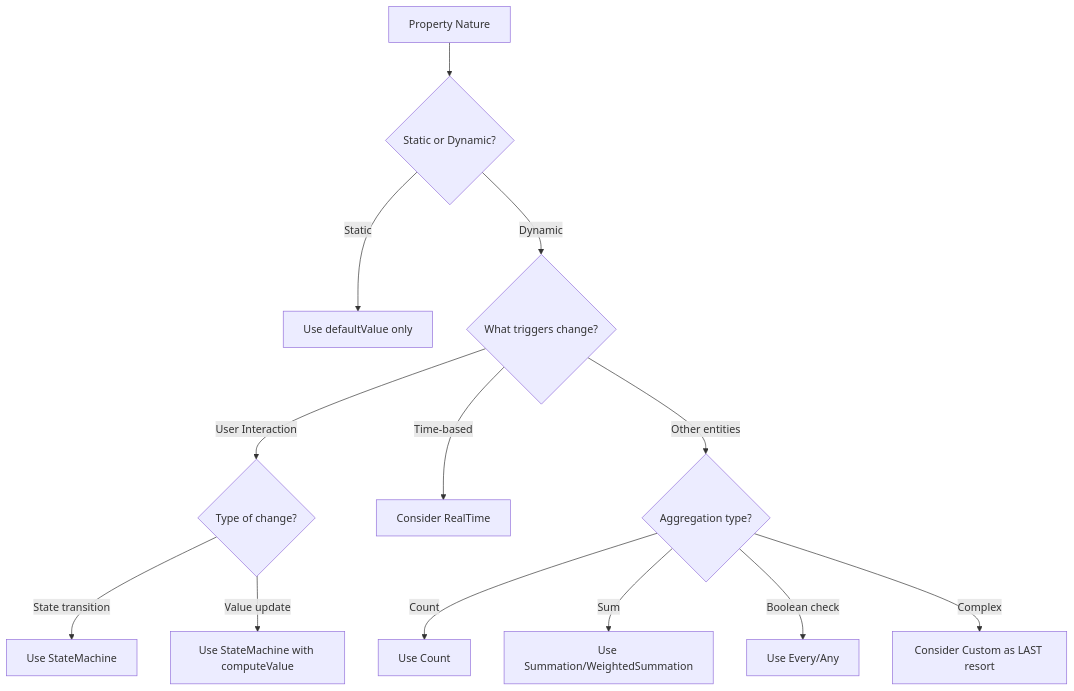
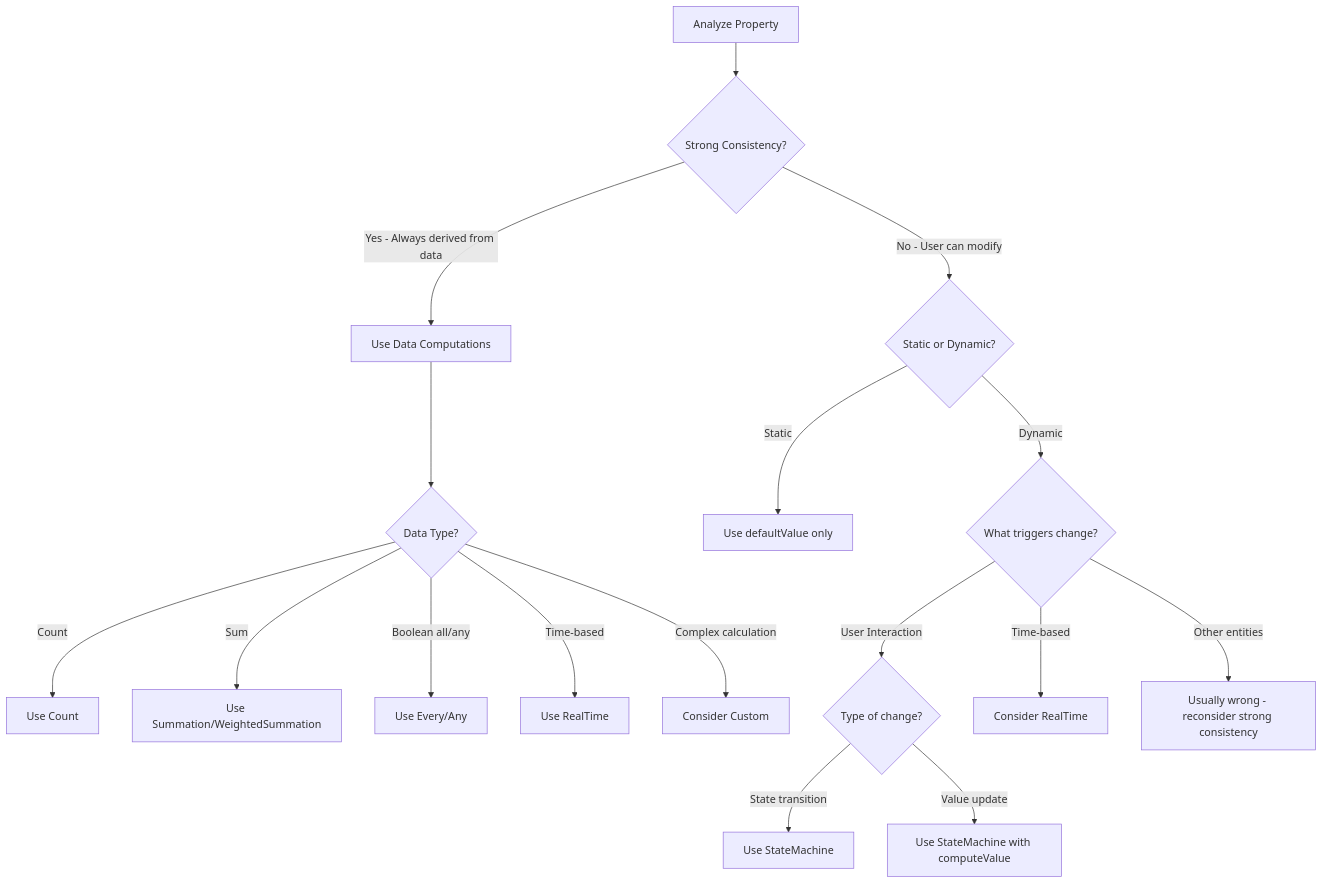
The second of 2 diagrams in examples/dormitory/agentspace/knowledge/generator/computation-selection-guide.md (InteraqtDev/interaqt), drawn with Mermaid before and after one commit. The commit also changed other lines of this file and 20 other files, not shown here.

````diff
--- a/examples/dormitory/agentspace/knowledge/generator/computation-selection-guide.md
+++ b/examples/dormitory/agentspace/knowledge/generator/computation-selection-guide.md
@@ -399,17 +421,22 @@
 ```mermaid
 graph TD
-    A[Property Nature] --> B{Static or Dynamic?}
+    Start[Analyze Property] --> SC{Strong Consistency?}
+    SC -->|Yes - Always derived from data| DC[Use Data Computations]
+    SC -->|No - User can modify| B{Static or Dynamic?}
+    
+    DC --> DT{Data Type?}
+    DT -->|Count| J[Use Count]
+    DT -->|Sum| K[Use Summation/WeightedSummation]
+    DT -->|Boolean all/any| L[Use Every/Any]
+    DT -->|Time-based| TM[Use RealTime]
+    DT -->|Complex calculation| M[Consider Custom]
+    
     B -->|Static| C[Use defaultValue only]
     B -->|Dynamic| D{What triggers change?}
     D -->|User Interaction| E{Type of change?}
     D -->|Time-based| F[Consider RealTime]
-    D -->|Other entities| G{Aggregation type?}
+    D -->|Other entities| G[Usually wrong - reconsider strong consistency]
     
     E -->|State transition| H[Use StateMachine]
     E -->|Value update| I[Use StateMachine with computeValue]
-    
-    G -->|Count| J[Use Count]
-    G -->|Sum| K[Use Summation/WeightedSummation]
-    G -->|Boolean check| L[Use Every/Any]
-    G -->|Complex| M[Consider Custom as LAST resort]
 ```
````
